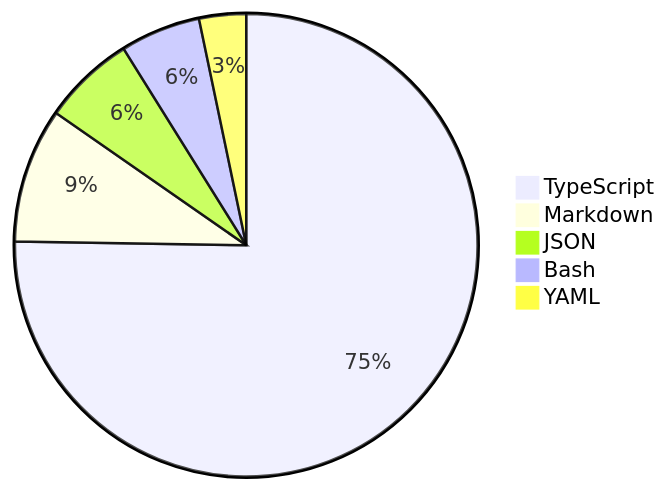
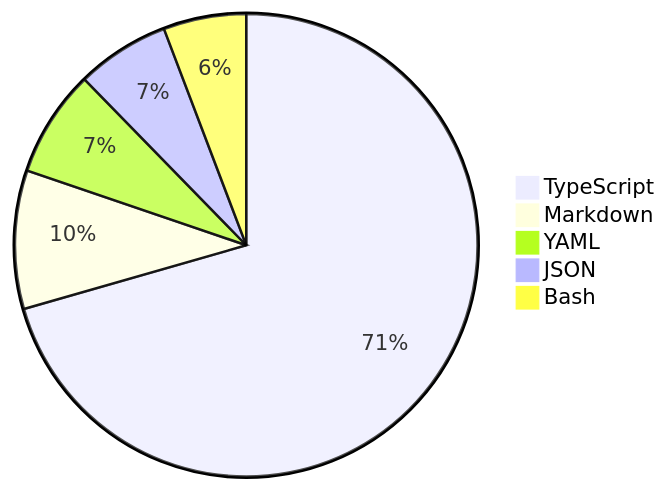
Before and after one commit to skvggor/skvggor: the diagram in README.md, drawn with Mermaid.

Commit message:
Updated waka-readme graph with new metrics

````diff
--- a/README.md
+++ b/README.md
@@ -39,8 +39,8 @@
 ```mermaid
 pie
-    "TypeScript" : 71.2
-    "Markdown" : 8.9
-    "JSON" : 6.1
-    "Bash" : 5.3
-    "YAML" : 3.1
+    "TypeScript" : 67.1
+    "Markdown" : 9.2
+    "YAML" : 7.1
+    "JSON" : 6.2
+    "Bash" : 5.5
 ```
````
